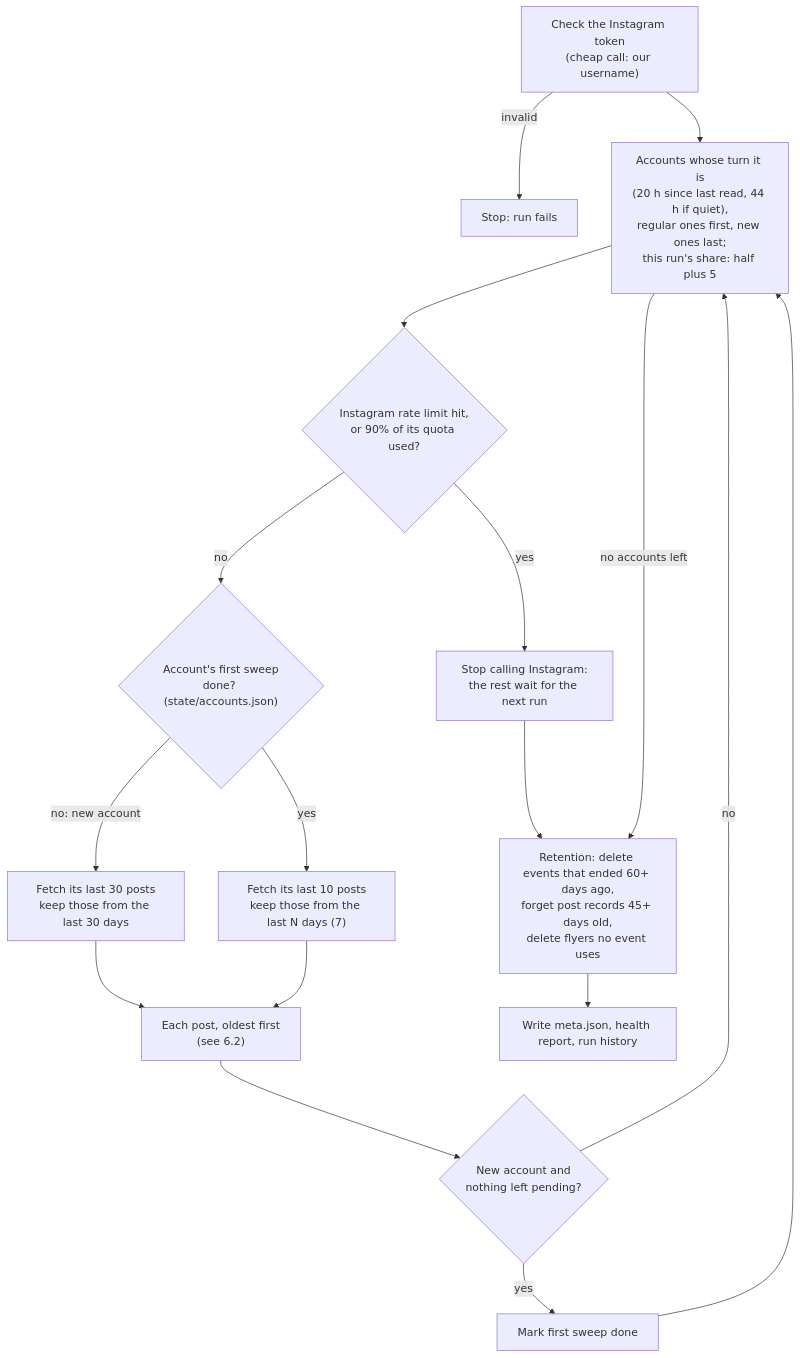
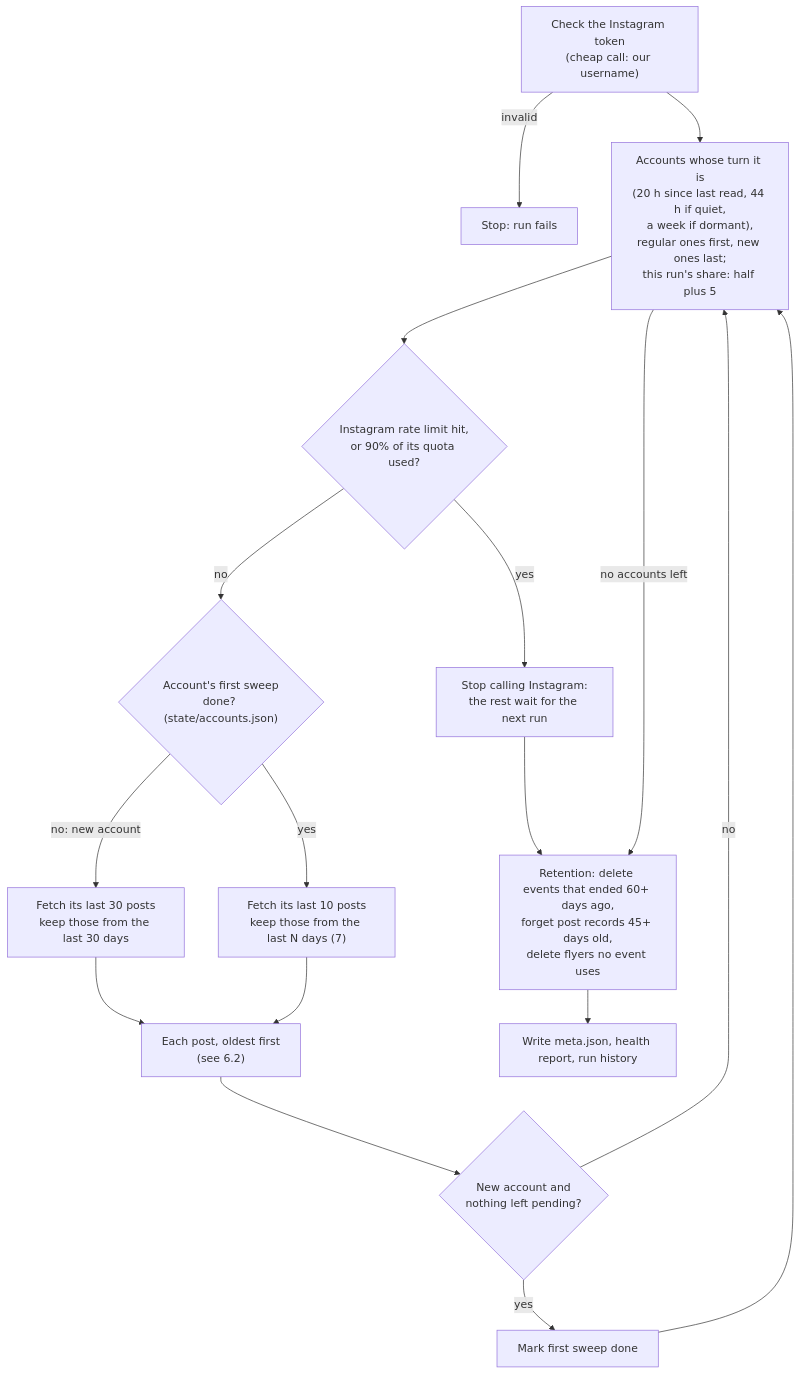
One commit to pa-bailar/backend changed the third of 12 diagrams in docs/ARCHITECTURE.md. Above: the diagram before and after it, drawn with Mermaid. The commit also changed other lines of this file and 4 other files, not shown here.

First line of the commit message:
feat: Salsa y Son and Boogaloop; dormant accounts read once a week

````diff
--- a/docs/ARCHITECTURE.md
+++ b/docs/ARCHITECTURE.md
@@ -412,19 +414,19 @@
 ```mermaid
 flowchart TD
     A["Check the Instagram token<br/>(cheap call: our username)"] -->|invalid| X["Stop: run fails"]
-    A --> B["Accounts whose turn it is<br/>(20 h since last read, 44 h if quiet),<br/>regular ones first, new ones last;<br/>this run's share: half plus 5"]
+    A --> B["Accounts whose turn it is<br/>(20 h since last read, 44 h if quiet,<br/>a week if dormant),<br/>regular ones first, new ones last;<br/>this run's share: half plus 5"]
     B --> C{"Instagram rate limit hit,<br/>or 90% of its quota used?"}
     C -->|yes| R["Stop calling Instagram:<br/>the rest wait for the next run"]
     C -->|no| D{"Account's first sweep<br/>done? (state/accounts.json)"}
     D -->|no: new account| E["Fetch its last 30 posts<br/>keep those from the last 30 days"]
     D -->|yes| F["Fetch its last 10 posts<br/>keep those from the last N days (7)"]
     E --> P["Each post, oldest first<br/>(see 6.2)"]
     F --> P
     P --> G{"New account and<br/>nothing left pending?"}
     G -->|yes| H["Mark first sweep done"]
     G -->|no| B
     H --> B
     R --> Z
     B -->|no accounts left| Z["Retention: delete events that ended 60+ days ago,<br/>forget post records 45+ days old,<br/>delete flyers no event uses"]
     Z --> M["Write meta.json, health report, run history"]
 ```
````
